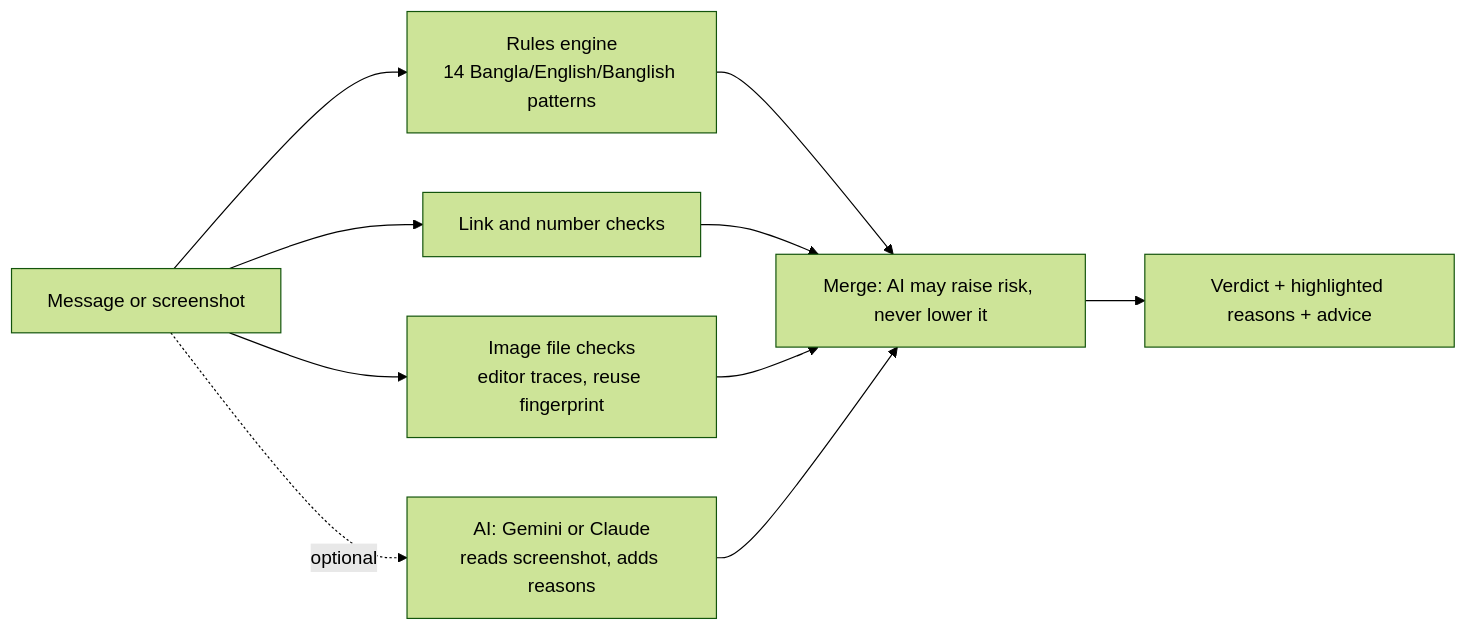
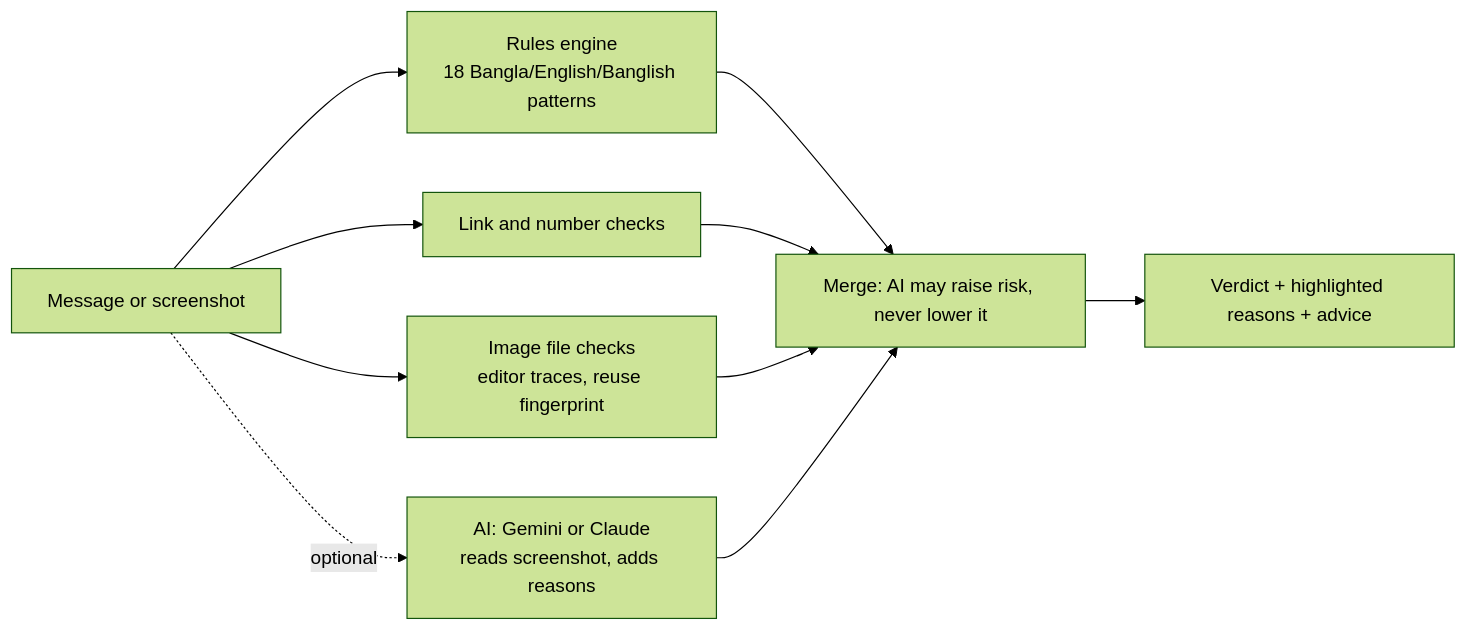
The diagram in README.md (mijan-x/scam-shield), drawn with Mermaid (forest theme) before and after one commit. The commit also changed other lines of this file and 5 other files, not shown here.

````diff
--- a/README.md
+++ b/README.md
@@ -20,9 +20,9 @@
 ```mermaid
 flowchart LR
-  A[Message or screenshot] --> B[Rules engine<br/>14 Bangla/English/Banglish patterns]
+  A[Message or screenshot] --> B[Rules engine<br/>18 Bangla/English/Banglish patterns]
   A --> C[Link and number checks]
   A --> D[Image file checks<br/>editor traces, reuse fingerprint]
   A -. optional .-> E[AI: Gemini or Claude<br/>reads screenshot, adds reasons]
   B & C & D & E --> F[Merge: AI may raise risk, never lower it]
   F --> G[Verdict + highlighted reasons + advice]
 ```
````
